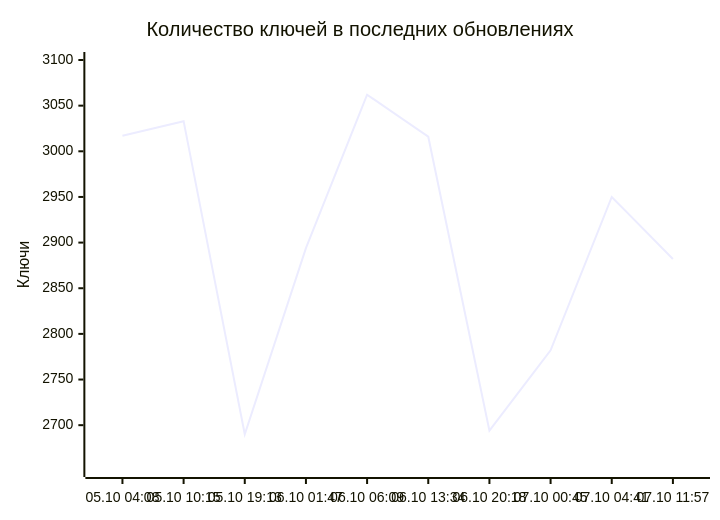
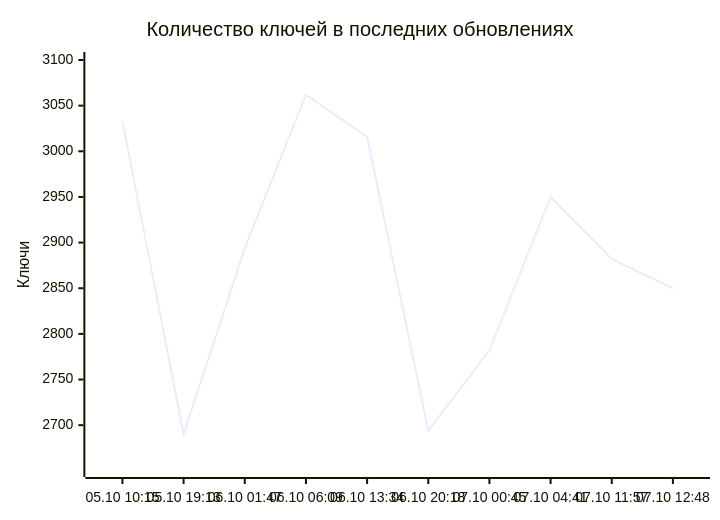
The diagram in README.md (markKikhtenko/WireVeil), drawn with Mermaid before and after one commit. The commit also changed other lines of this file and 12 other files, not shown here.

````diff
--- a/README.md
+++ b/README.md
@@ -55,7 +55,7 @@
 ```mermaid
 xychart-beta
     title "Количество ключей в последних обновлениях"
-    x-axis ["05.10 04:08", "05.10 10:15", "05.10 19:13", "06.10 01:47", "06.10 06:09", "06.10 13:34", "06.10 20:18", "07.10 00:45", "07.10 04:41", "07.10 11:57"]
+    x-axis ["05.10 10:15", "05.10 19:13", "06.10 01:47", "06.10 06:09", "06.10 13:34", "06.10 20:18", "07.10 00:45", "07.10 04:41", "07.10 11:57", "07.10 12:48"]
     y-axis "Ключи" 2652 --> 3100
-    line [3017, 3033, 2690, 2894, 3062, 3016, 2694, 2782, 2950, 2882]
+    line [3033, 2690, 2894, 3062, 3016, 2694, 2782, 2950, 2882, 2850]
 ```
````
